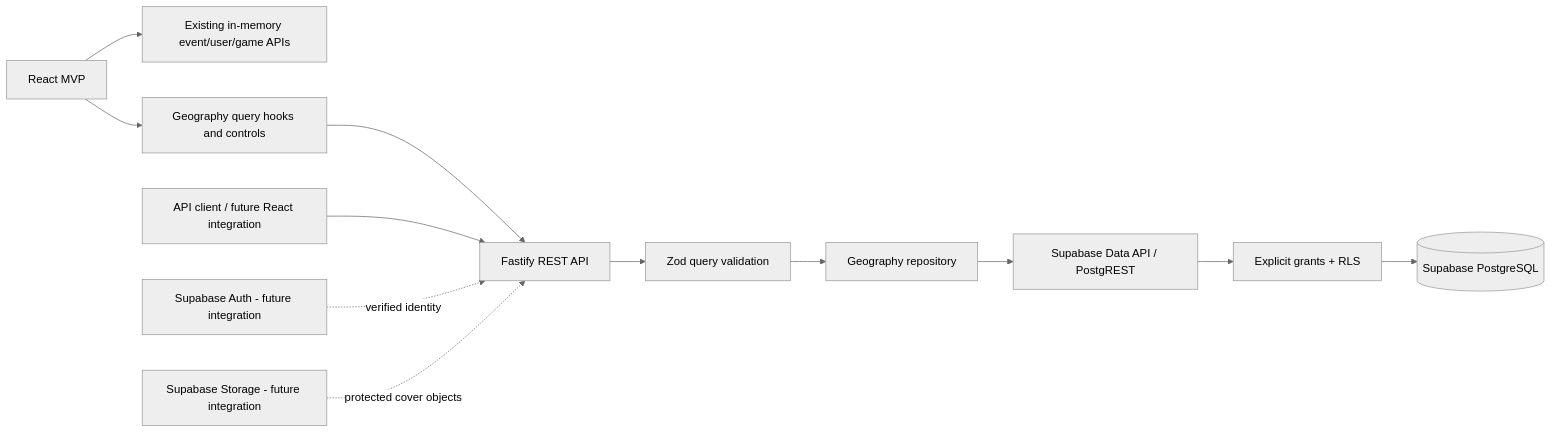
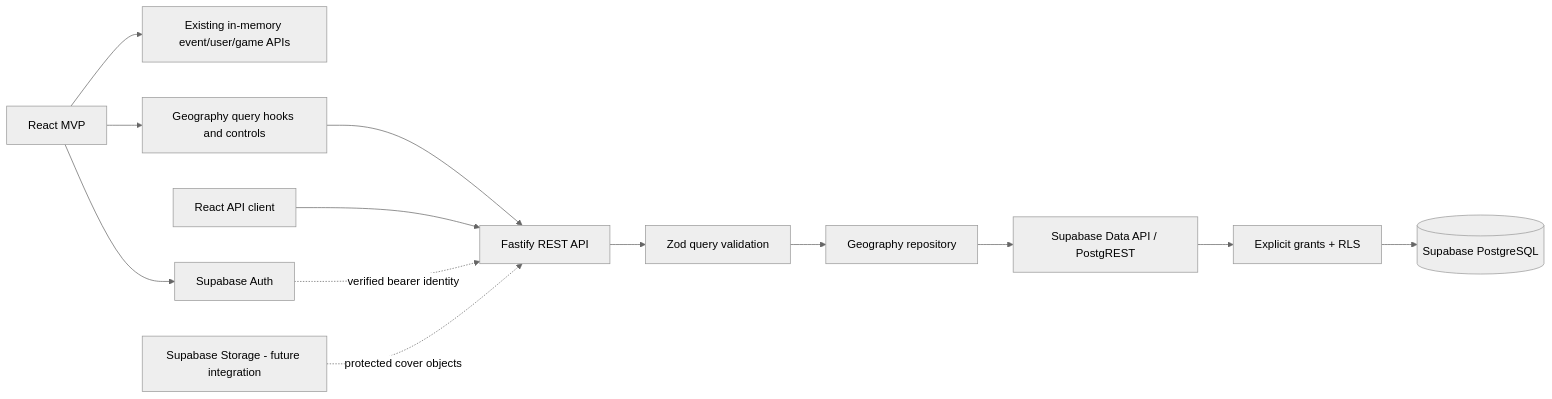
One commit to ognjen-raickovic/rollcall_v2 changed the diagram in docs/backend-architecture.md. Above: the diagram before and after it, drawn with Mermaid (neutral theme). The commit also changed other lines of this file and 63 other files, not shown here.

````diff
--- a/docs/backend-architecture.md
+++ b/docs/backend-architecture.md
@@ -11,14 +13,15 @@
 ```mermaid
 flowchart LR
   Demo[React MVP] --> Mocks[Existing in-memory event/user/game APIs]
   Demo --> GeoUI[Geography query hooks and controls]
   GeoUI --> API
-  Client[API client / future React integration] --> API[Fastify REST API]
+  Client[React API client] --> API[Fastify REST API]
   API --> Validation[Zod query validation]
   Validation --> Geography[Geography repository]
   Geography --> DataAPI[Supabase Data API / PostgREST]
   DataAPI --> RLS[Explicit grants + RLS]
   RLS --> PG[(Supabase PostgreSQL)]
-  FutureAuth[Supabase Auth - future integration] -. verified identity .-> API
+  Demo --> Auth[Supabase Auth]
+  Auth -. verified bearer identity .-> API
   FutureStorage[Supabase Storage - future integration] -. protected cover objects .-> API
 ```
````
